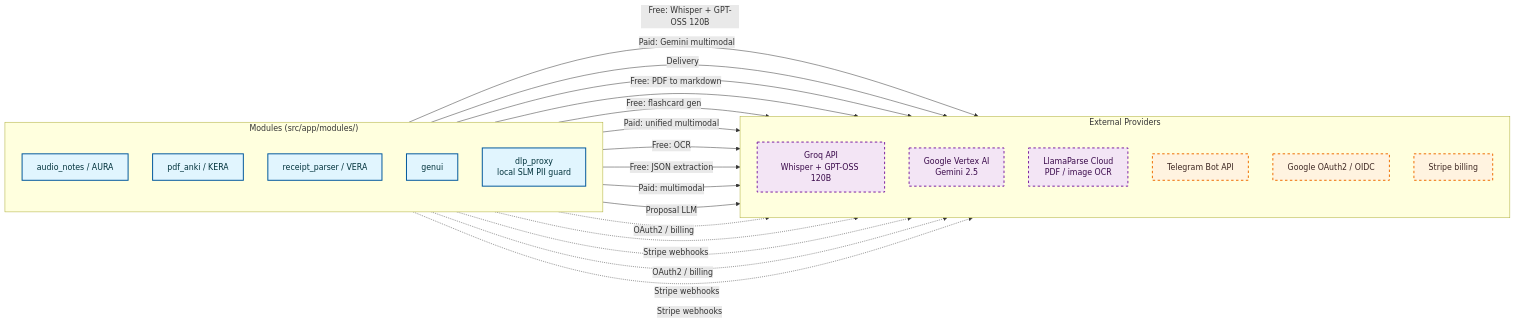
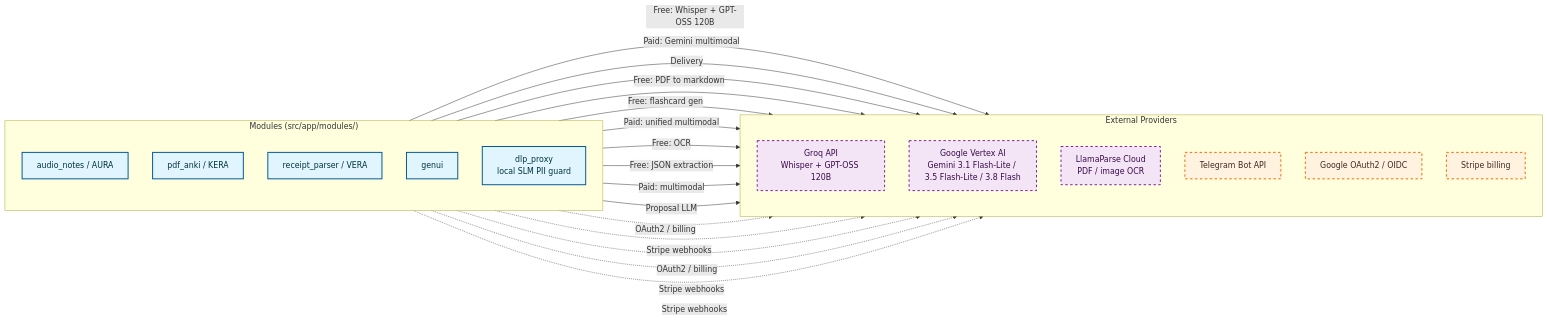
One commit to JMMAILabs/frugal-fortress-architecture changed the second of 3 diagrams in docs/diagrams/core/backend_monolith_context.md. Above: the diagram before and after it, drawn with Mermaid. The commit also changed other lines of this file and 20 other files, not shown here.

````diff
--- a/docs/diagrams/core/backend_monolith_context.md
+++ b/docs/diagrams/core/backend_monolith_context.md
@@ -64,50 +64,50 @@
 ```mermaid
 %%{init: {'theme':'default', 'flowchart':{'nodeSpacing':50, 'rankSpacing':80}}}%%
 flowchart LR
     subgraph Modules ["Modules (src/app/modules/)"]
         direction TB
         M_AUDIO["audio_notes / AURA"]
         M_PDF["pdf_anki / KERA"]
         M_RECEIPTS["receipt_parser / VERA"]
         M_GENUI["genui"]
         M_DLP["dlp_proxy<br/>local SLM PII guard"]
     end
 
     subgraph Providers ["External Providers"]
         direction TB
         EXT_GROQ["Groq API<br/>Whisper + GPT-OSS 120B"]
-        EXT_VERTEX["Google Vertex AI<br/>Gemini 2.5"]
+        EXT_VERTEX["Google Vertex AI<br/>Gemini 3.1 Flash-Lite / 3.5 Flash-Lite / 3.8 Flash"]
         EXT_LLAMAPARSE["LlamaParse Cloud<br/>PDF / image OCR"]
         EXT_TG["Telegram Bot API"]
         EXT_GOOGLE["Google OAuth2 / OIDC"]
         EXT_STRIPE["Stripe billing"]
     end
 
     M_AUDIO -->|Free: Whisper + GPT-OSS 120B| EXT_GROQ
     M_AUDIO -->|Paid: Gemini multimodal| EXT_VERTEX
     M_AUDIO -->|Delivery| EXT_TG
 
     M_PDF -->|Free: PDF to markdown| EXT_LLAMAPARSE
     M_PDF -->|Free: flashcard gen| EXT_GROQ
     M_PDF -->|Paid: unified multimodal| EXT_VERTEX
 
     M_RECEIPTS -->|Free: OCR| EXT_LLAMAPARSE
     M_RECEIPTS -->|Free: JSON extraction| EXT_GROQ
     M_RECEIPTS -->|Paid: multimodal| EXT_VERTEX
 
     M_GENUI -->|Proposal LLM| EXT_GROQ
 
     %% Auth & billing (gateway-wide, but shown for completeness)
     M_RECEIPTS -.->|OAuth2 / billing| EXT_GOOGLE
     M_RECEIPTS -.->|Stripe webhooks| EXT_STRIPE
     M_PDF -.->|OAuth2 / billing| EXT_GOOGLE
     M_PDF -.->|Stripe webhooks| EXT_STRIPE
     M_AUDIO -.->|Stripe webhooks| EXT_STRIPE
 
     classDef module fill:#e1f5fe,stroke:#01579b,stroke-width:2px,color:#01323b
     classDef llm fill:#f3e5f5,stroke:#7b1fa2,stroke-width:2px,color:#3a0a4b,stroke-dasharray: 5 5
     classDef saas fill:#fff3e0,stroke:#ef6c00,stroke-width:2px,color:#3e2723,stroke-dasharray: 5 5
     class M_AUDIO,M_PDF,M_RECEIPTS,M_GENUI,M_DLP module
     class EXT_GROQ,EXT_VERTEX,EXT_LLAMAPARSE llm
     class EXT_TG,EXT_GOOGLE,EXT_STRIPE saas
 ```
````
